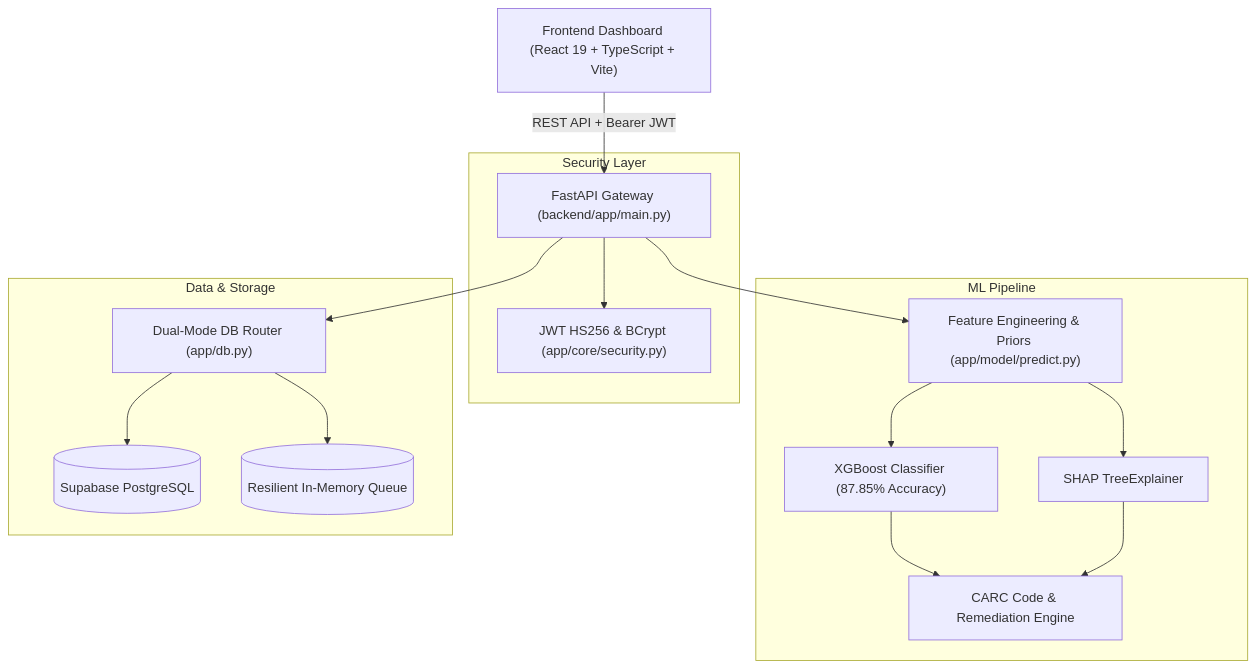
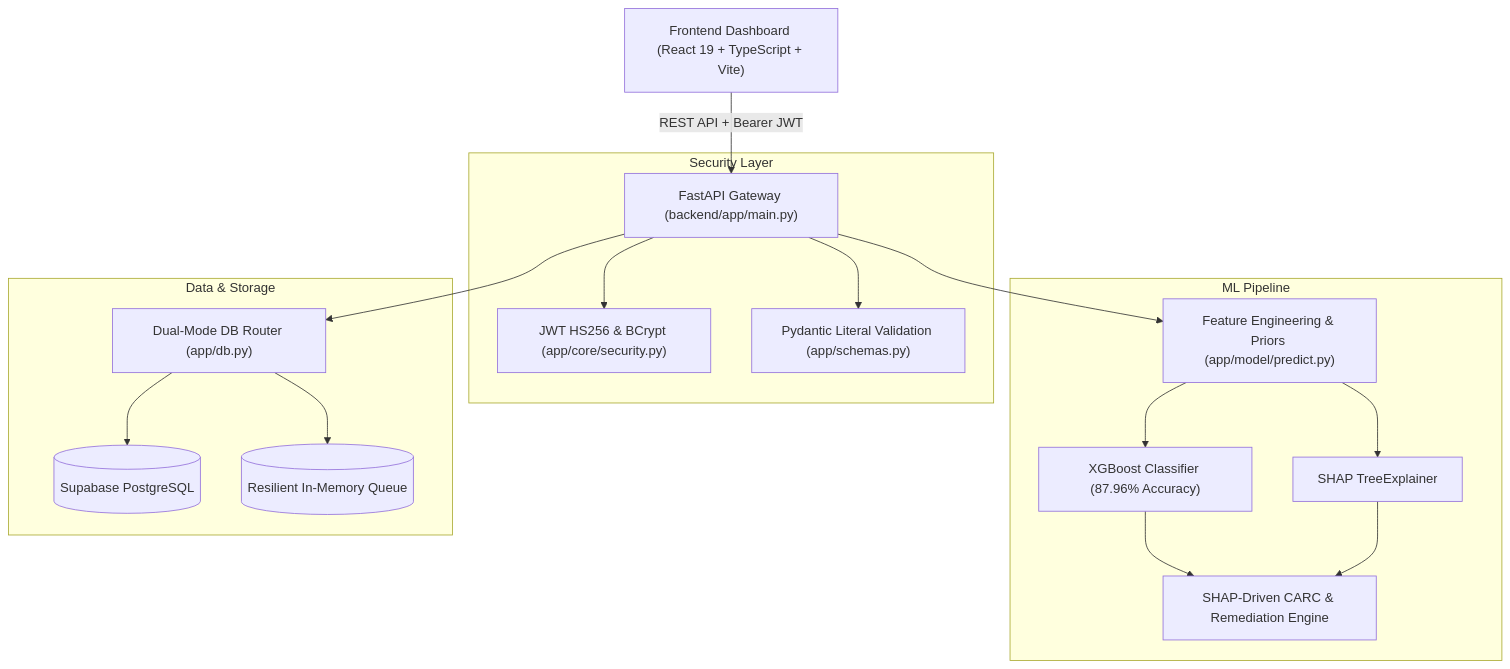
One commit to NARENDRAN-2007/CVK changed the diagram in README.md. Above: the diagram before and after it, drawn with Mermaid. The commit also changed other lines of this file and 15 other files, not shown here.

````diff
--- a/README.md
+++ b/README.md
@@ -20,22 +22,23 @@
 ```mermaid
 graph TD
     UI["Frontend Dashboard (React 19 + TypeScript + Vite)"] -->|REST API + Bearer JWT| API["FastAPI Gateway (backend/app/main.py)"]
     
     subgraph Security Layer
         API --> Auth["JWT HS256 & BCrypt (app/core/security.py)"]
+        API --> Validation["Pydantic Literal Validation (app/schemas.py)"]
     end
 
     subgraph ML Pipeline
         API --> FeatureEng["Feature Engineering & Priors (app/model/predict.py)"]
-        FeatureEng --> XGBoost["XGBoost Classifier (87.85% Accuracy)"]
+        FeatureEng --> XGBoost["XGBoost Classifier (87.96% Accuracy)"]
         FeatureEng --> SHAP["SHAP TreeExplainer"]
-        XGBoost --> CARCEngine["CARC Code & Remediation Engine"]
+        XGBoost --> CARCEngine["SHAP-Driven CARC & Remediation Engine"]
         SHAP --> CARCEngine
     end
 
     subgraph Data & Storage
         API --> DBRouter["Dual-Mode DB Router (app/db.py)"]
         DBRouter --> Supabase[("Supabase PostgreSQL")]
         DBRouter --> MemoryQueue[("Resilient In-Memory Queue")]
     end
 ```
````
